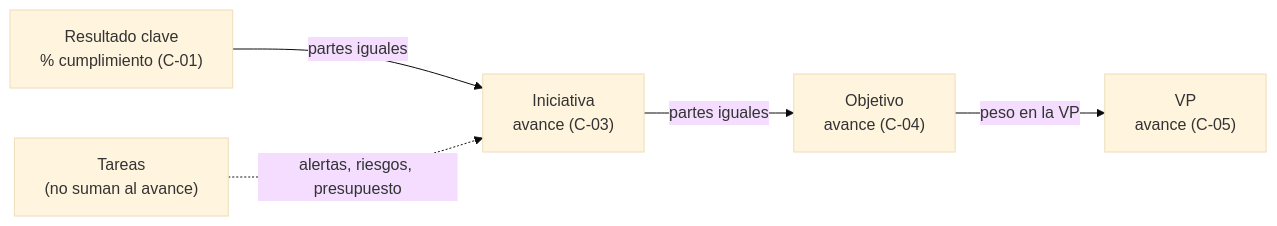
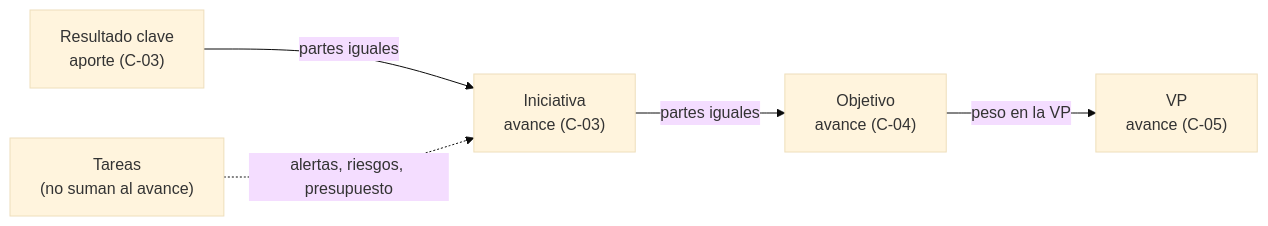
Before and after one commit to MilagrosPessinoCirco/Objetivos-VP: the first of 4 diagrams in docs/especificacion-funcional.md, drawn with Mermaid (base theme). The commit also changed other lines of this file and 10 other files, not shown here.

Commit message:
Avance de iniciativa por interpolacion entre minimo, meta y maximo

````diff
--- a/docs/especificacion-funcional.md
+++ b/docs/especificacion-funcional.md
@@ -43,7 +43,7 @@
 ```mermaid
 flowchart LR
-  RC["Resultado clave<br>% cumplimiento (C-01)"] -- partes iguales --> I["Iniciativa<br>avance (C-03)"]
+  RC["Resultado clave<br>aporte (C-03)"] -- partes iguales --> I["Iniciativa<br>avance (C-03)"]
   T["Tareas<br>(no suman al avance)"] -. alertas, riesgos, presupuesto .-> I
   I -- partes iguales --> O["Objetivo<br>avance (C-04)"]
   O -- peso en la VP --> V["VP<br>avance (C-05)"]
 ```
````
